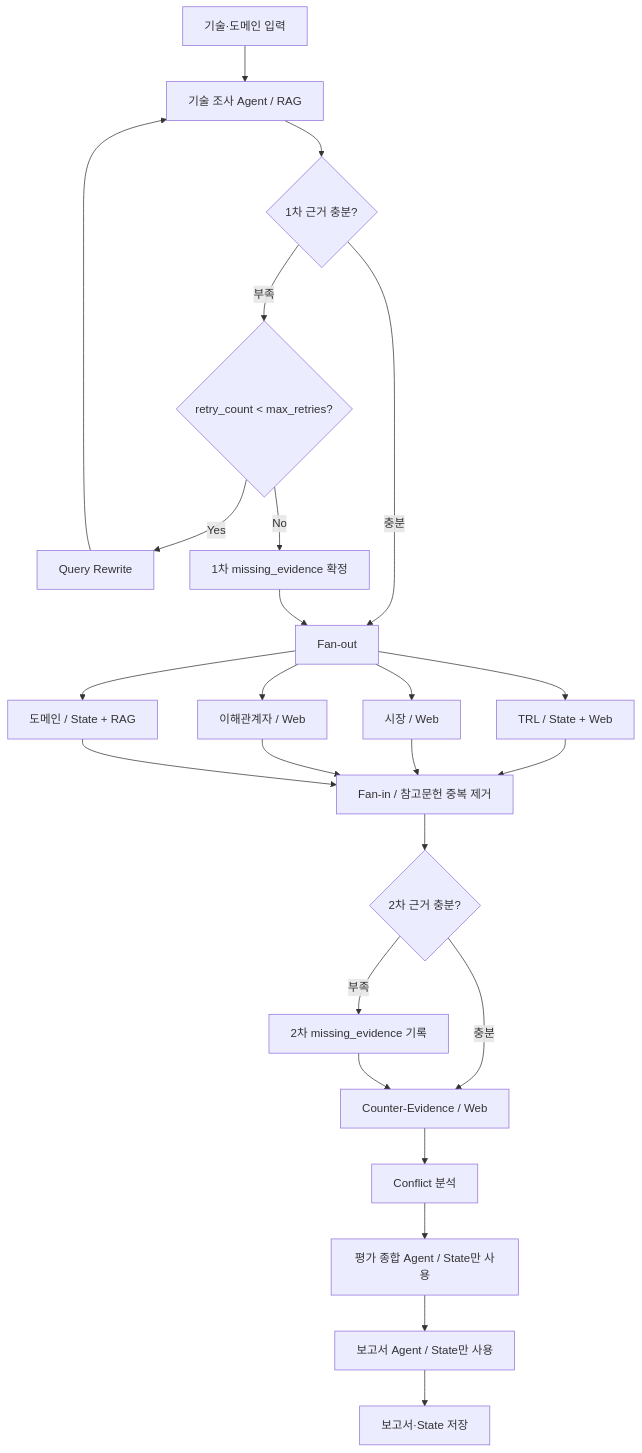
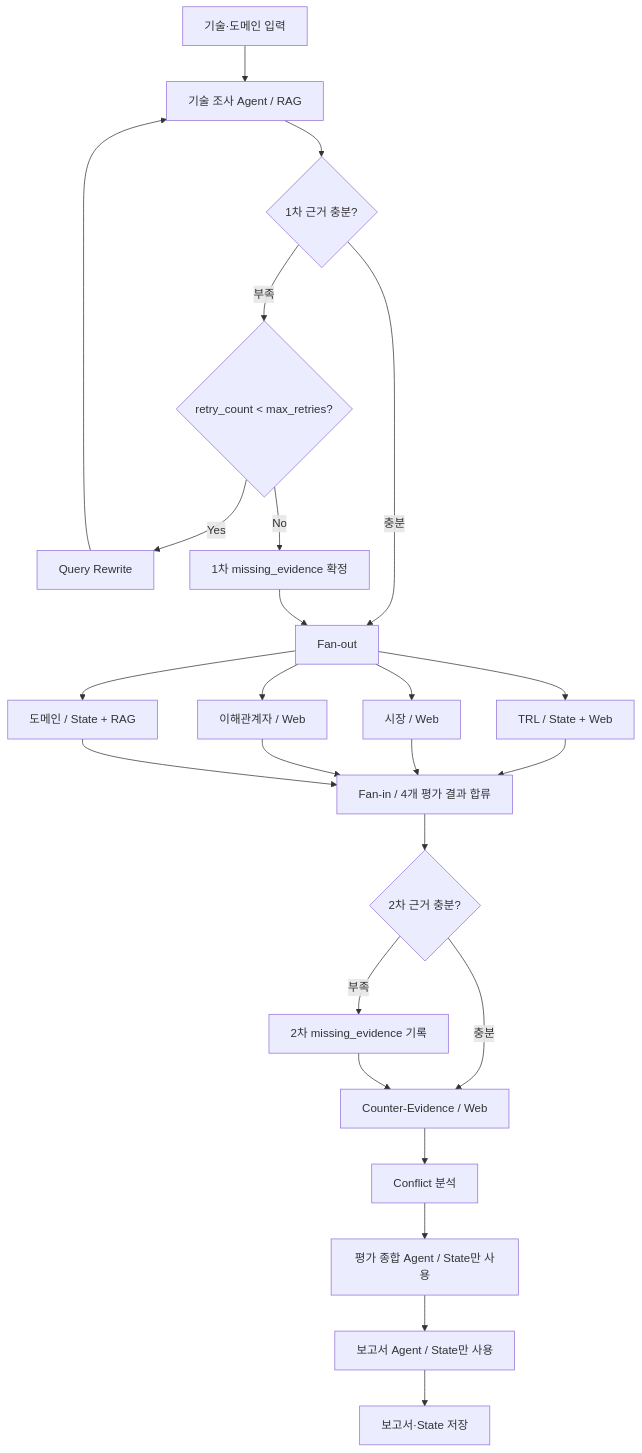
Before and after one commit to sjjeon0925/skala-RAG-project: the diagram in README.md, drawn with Mermaid. The commit also changed other lines of this file and 39 other files, not shown here.

````diff
--- a/README.md
+++ b/README.md
@@ -58,27 +58,27 @@
 ```mermaid
 flowchart TD
   A[기술·도메인 입력] --> B[기술 조사 Agent / RAG]
   B --> C{1차 근거 충분?}
   C -->|충분| F[Fan-out]
   C -->|부족| D{retry_count < max_retries?}
   D -->|Yes| E[Query Rewrite]
   E --> B
   D -->|No| G[1차 missing_evidence 확정]
   G --> F
   F --> T[TRL / State + Web]
   F --> M[시장 / Web]
   F --> S[이해관계자 / Web]
   F --> V[도메인 / State + RAG]
-  T --> J[Fan-in / 참고문헌 중복 제거]
+  T --> J[Fan-in / 4개 평가 결과 합류]
   M --> J
   S --> J
   V --> J
   J --> K{2차 근거 충분?}
   K -->|부족| L[2차 missing_evidence 기록]
   K -->|충분| N[Counter-Evidence / Web]
   L --> N
   N --> O[Conflict 분석]
   O --> P[평가 종합 Agent / State만 사용]
   P --> Q[보고서 Agent / State만 사용]
   Q --> R[보고서·State 저장]
 ```
````
